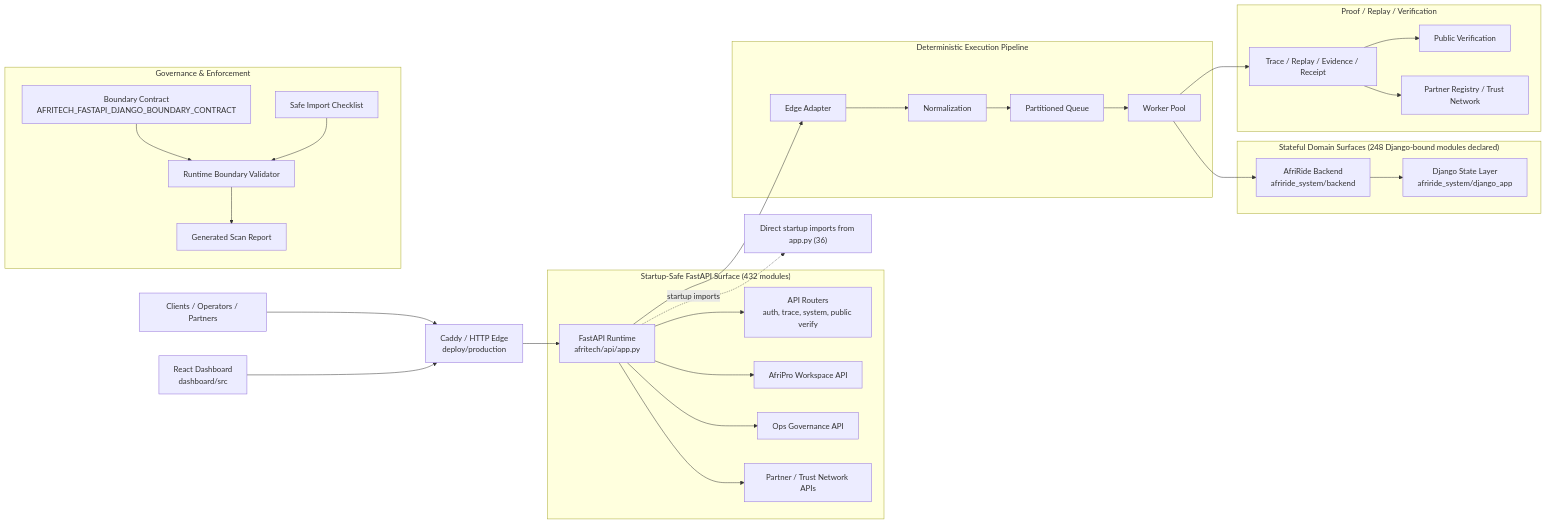
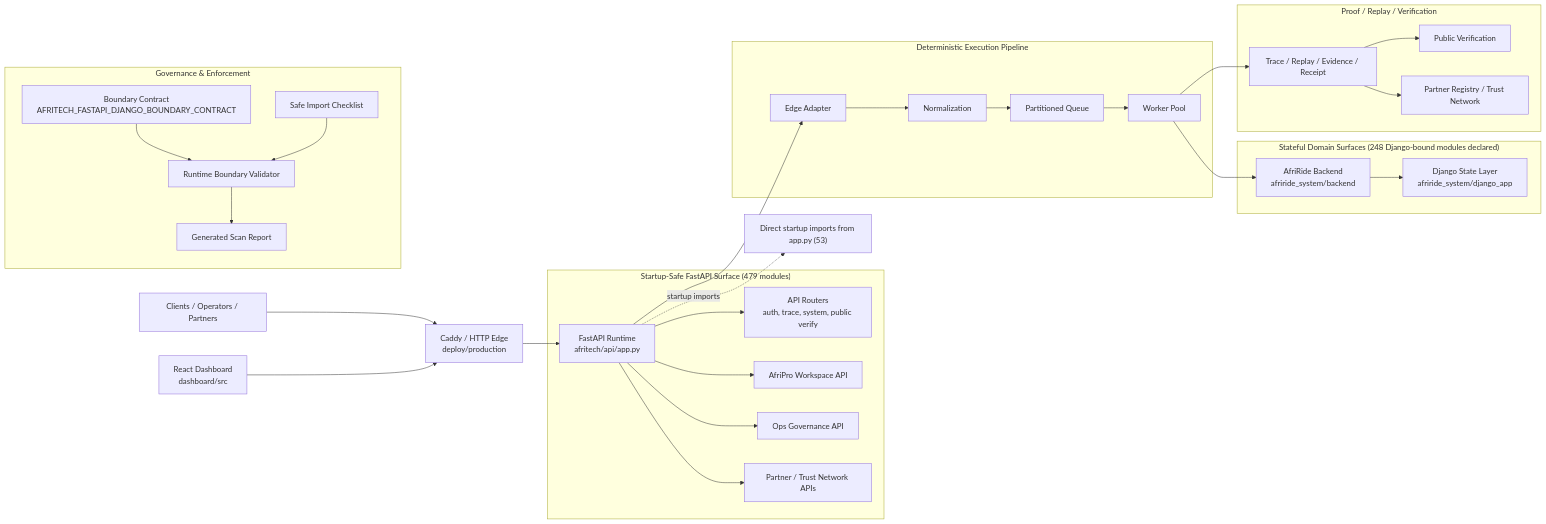
The first of 2 diagrams in docs/architecture/AFRITECH_FULL_ARCHITECTURE_GRAPH.md (Strelly2023/afritelematics), drawn with Mermaid before and after one commit. The commit also changed other lines of this file and 9 other files, not shown here.

````diff
--- a/docs/architecture/AFRITECH_FULL_ARCHITECTURE_GRAPH.md
+++ b/docs/architecture/AFRITECH_FULL_ARCHITECTURE_GRAPH.md
@@ -22,39 +22,39 @@
 ```mermaid
 flowchart LR
     Client["Clients / Operators / Partners"] --> Edge["Caddy / HTTP Edge\ndeploy/production"]
     Dashboard["React Dashboard\ndashboard/src"] --> Edge
     Edge --> App["FastAPI Runtime\nafritech/api/app.py"]
 
-    subgraph FastAPI["Startup-Safe FastAPI Surface (432 modules)"]
+    subgraph FastAPI["Startup-Safe FastAPI Surface (479 modules)"]
         App --> Api["API Routers\nauth, trace, system, public verify"]
         App --> Workspace["AfriPro Workspace API"]
         App --> Governance["Ops Governance API"]
         App --> Trust["Partner / Trust Network APIs"]
     end
 
     subgraph Pipeline["Deterministic Execution Pipeline"]
         App --> Adapt["Edge Adapter"]
         Adapt --> Normalize["Normalization"]
         Normalize --> Queue["Partitioned Queue"]
         Queue --> Worker["Worker Pool"]
     end
 
     subgraph State["Stateful Domain Surfaces (248 Django-bound modules declared)"]
         Worker --> Domain["AfriRide Backend\nafriride_system/backend"]
         Domain --> Django["Django State Layer\nafriride_system/django_app"]
     end
 
     subgraph Proof["Proof / Replay / Verification"]
         Worker --> Trace["Trace / Replay / Evidence / Receipt"]
         Trace --> Public["Public Verification"]
         Trace --> Registry["Partner Registry / Trust Network"]
     end
 
     subgraph GovernancePlane["Governance & Enforcement"]
         Contract["Boundary Contract\nAFRITECH_FASTAPI_DJANGO_BOUNDARY_CONTRACT"] --> Validator["Runtime Boundary Validator"]
         Checklist["Safe Import Checklist"] --> Validator
         Validator --> Review["Generated Scan Report"]
     end
 
-    App -. startup imports .-> Imports["Direct startup imports from app.py (36)"]
+    App -. startup imports .-> Imports["Direct startup imports from app.py (53)"]
 ```
````
